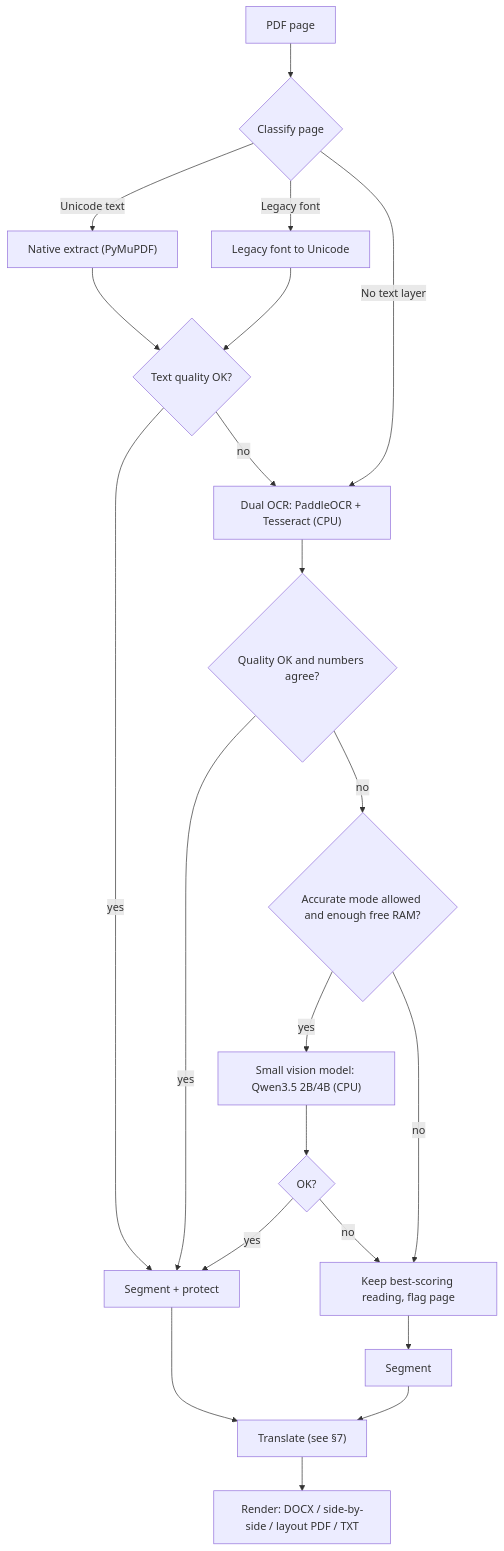
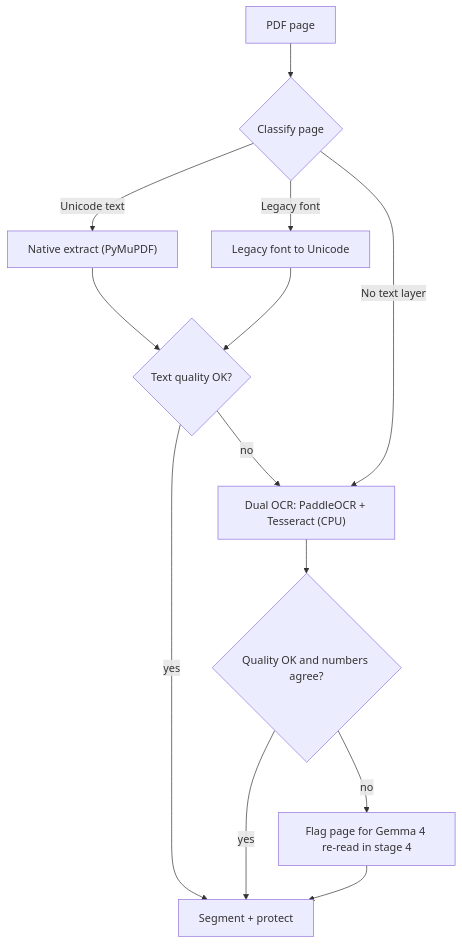
The second of 3 diagrams in PLAN.md (prasannad20011121/Pdf_-translater-), drawn with Mermaid before and after one commit. The commit also changed other lines of this file and 1 other file, not shown here.

First line of the commit message:
Revise plan: Gemma 4 as primary model

````diff
--- a/PLAN.md
+++ b/PLAN.md
@@ -190,23 +218,15 @@
 ```mermaid
 flowchart TD
   PG["PDF page"] --> CLS{"Classify page"}
   CLS -- "Unicode text" --> NX["Native extract (PyMuPDF)"]
   CLS -- "Legacy font" --> LC["Legacy font to Unicode"]
   CLS -- "No text layer" --> O1
   NX --> Q{"Text quality OK?"}
   LC --> Q
   Q -- yes --> SEG["Segment + protect"]
   Q -- no --> O1["Dual OCR: PaddleOCR + Tesseract (CPU)"]
   O1 --> Q2{"Quality OK and numbers agree?"}
   Q2 -- yes --> SEG
-  Q2 -- no --> AM{"Accurate mode allowed and enough free RAM?"}
-  AM -- yes --> O3["Small vision model: Qwen3.5 2B/4B (CPU)"]
-  O3 --> Q3{"OK?"}
-  Q3 -- yes --> SEG
-  Q3 -- no --> BEST
-  AM -- no --> BEST["Keep best-scoring reading, flag page"]
-  BEST --> SEGF["Segment"]
-  SEG --> MT["Translate (see §7)"]
-  SEGF --> MT
-  MT --> RND["Render: DOCX / side-by-side / layout PDF / TXT"]
+  Q2 -- no --> FL["Flag page for Gemma 4 re-read in stage 4"]
+  FL --> SEG
 ```
````
